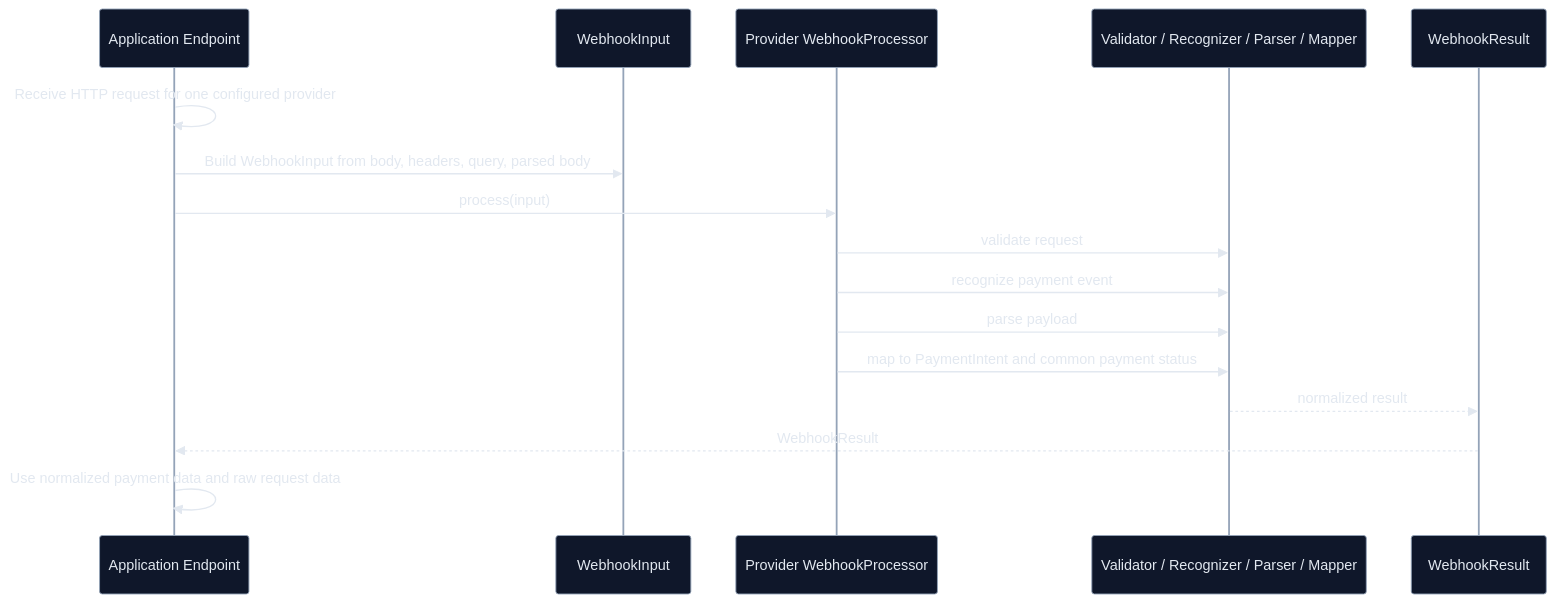
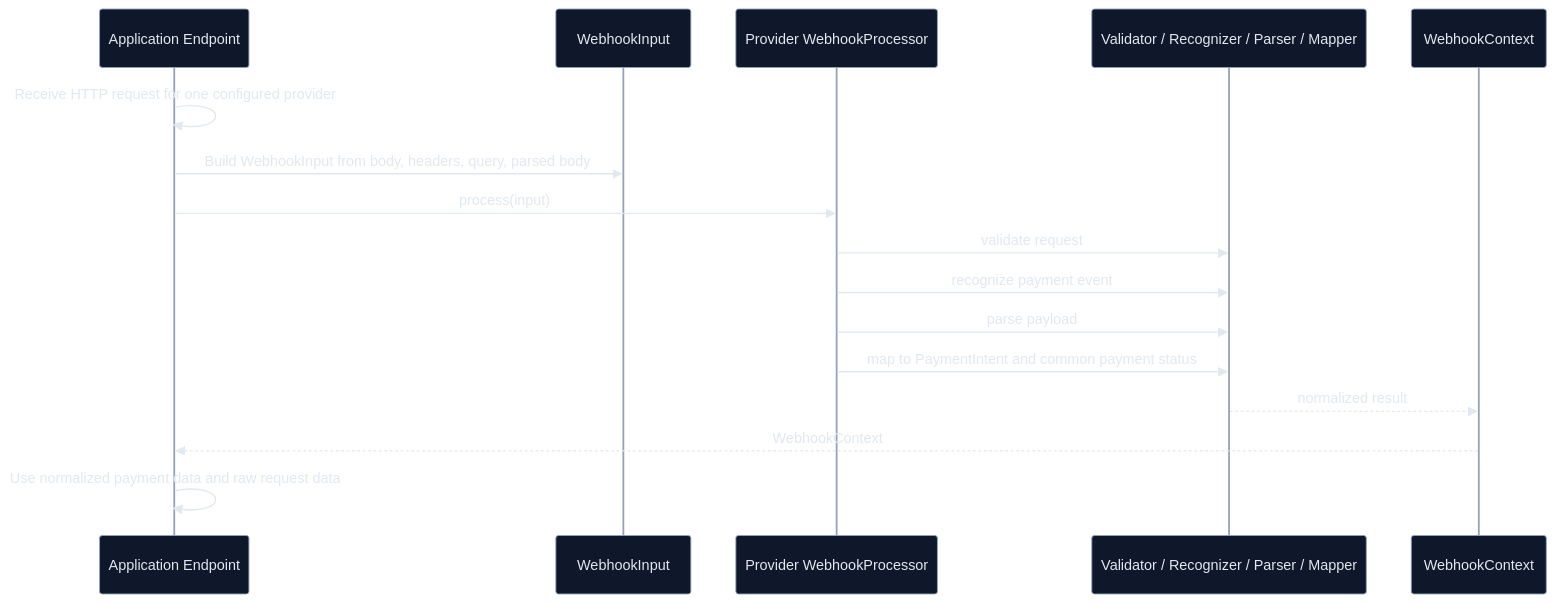
The second of 2 diagrams in README.md (yiisoft/payments), drawn with Mermaid before and after one commit. The commit also changed other lines of this file, not shown here.

Commit message:
Rename webhook result DTO to webhook context in README

````diff
--- a/README.md
+++ b/README.md
@@ -758,31 +758,31 @@
 ```mermaid
 %%{init: {"theme":"base","themeVariables": {
   "background":"transparent",
   "fontFamily":"ui-sans-serif, system-ui, -apple-system, Segoe UI, Roboto, Arial, sans-serif",
   "primaryColor":"#0f172a",
   "primaryTextColor":"#e2e8f0",
   "primaryBorderColor":"#94a3b8",
   "lineColor":"#94a3b8",
   "secondaryColor":"#052e16",
   "tertiaryColor":"#1e293b",
   "clusterBkg":"#0b1220",
   "clusterBorder":"#334155"
 }}}%%
 sequenceDiagram
     participant A as Application Endpoint
     participant I as WebhookInput
     participant P as Provider WebhookProcessor
     participant V as Validator / Recognizer / Parser / Mapper
-    participant R as WebhookResult
+    participant R as WebhookContext
 
     A->>A: Receive HTTP request for one configured provider
     A->>I: Build WebhookInput from body, headers, query, parsed body
     A->>P: process(input)
     P->>V: validate request
     P->>V: recognize payment event
     P->>V: parse payload
     P->>V: map to PaymentIntent and common payment status
     V-->>R: normalized result
-    R-->>A: WebhookResult
+    R-->>A: WebhookContext
     A->>A: Use normalized payment data and raw request data
 ```
````
